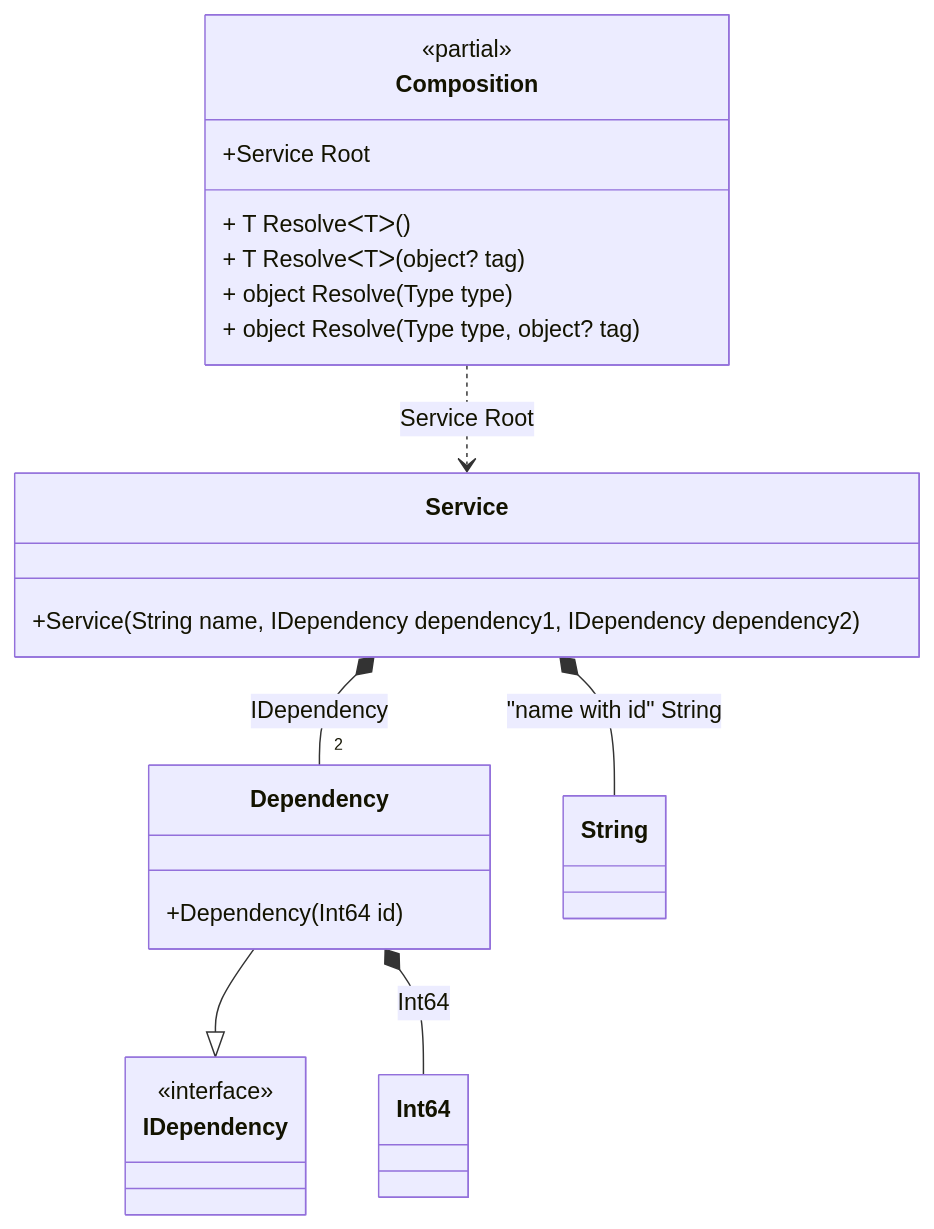
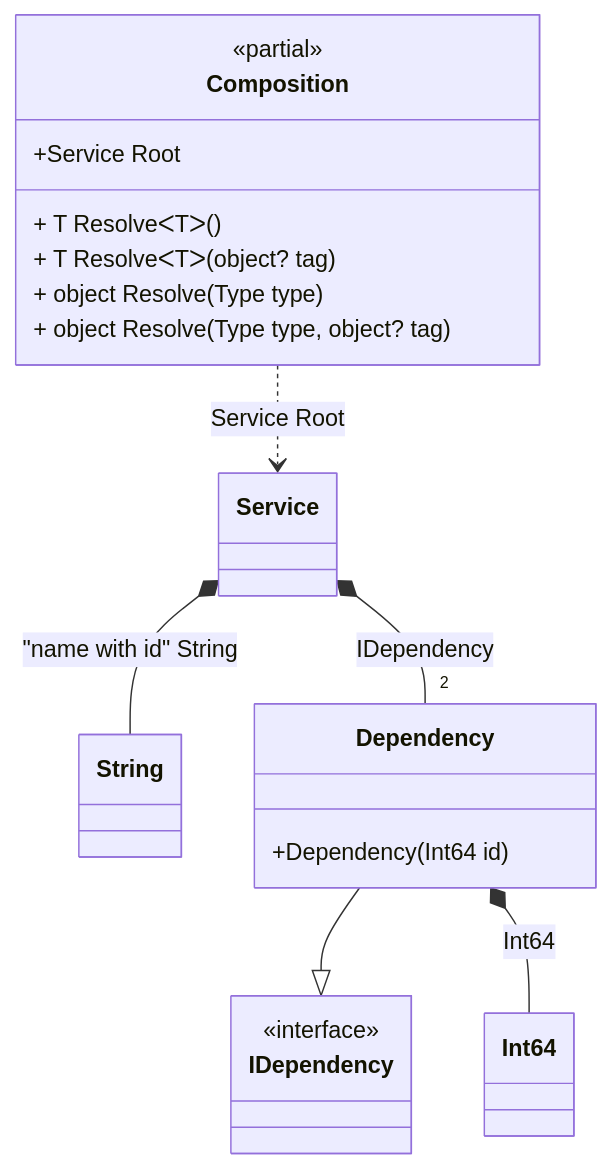
The diagram in readme/partial-class.md (DevTeam/Pure.DI), drawn with Mermaid before and after one commit. The commit also changed 92 other files, not shown here.

````diff
--- a/readme/partial-class.md
+++ b/readme/partial-class.md
@@ -217,27 +217,24 @@
 ```mermaid
 classDiagram
 	class Composition {
 		<<partial>>
 		+Service Root
 		+ T ResolveᐸTᐳ()
 		+ T ResolveᐸTᐳ(object? tag)
 		+ object Resolve(Type type)
 		+ object Resolve(Type type, object? tag)
 	}
-	class Service {
-		+Service(String name, IDependency dependency1, IDependency dependency2)
-	}
+	class String
 	Dependency --|> IDependency
 	class Dependency {
 		+Dependency(Int64 id)
 	}
 	class Int64
-	class String
 	class IDependency {
 		<<interface>>
 	}
+	Composition ..> Service : Service Root
 	Service *--  String : "name with id"  String
 	Service *-- "2 " Dependency : IDependency
-	Composition ..> Service : Service Root
 	Dependency *--  Int64 : Int64
 ```
````
